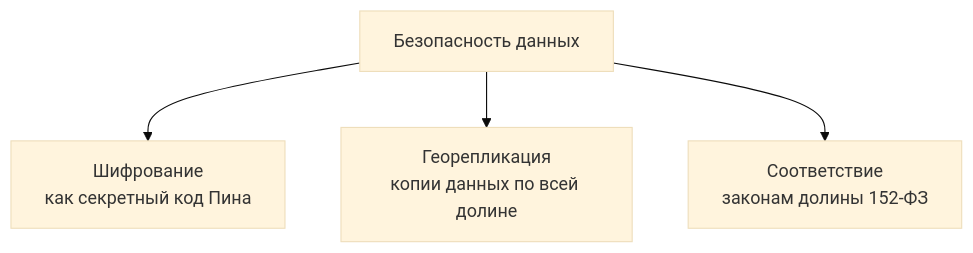
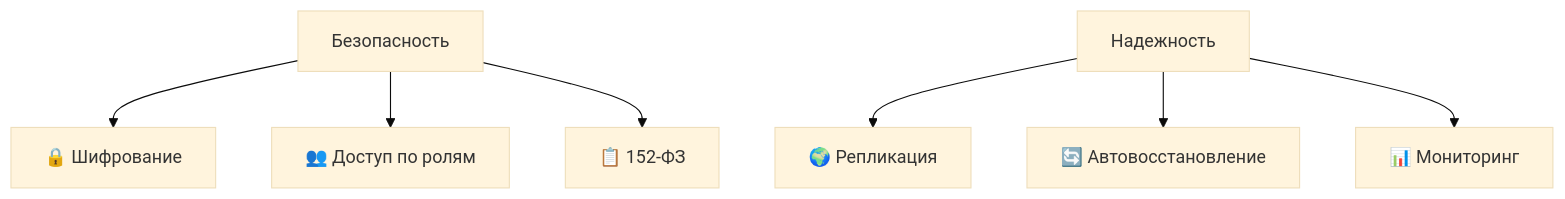
One commit to varlaganova7-star/gf25-01b changed the diagram in q6-cloud.md. Above: the diagram before and after it, drawn with Mermaid (base theme). The commit also changed other lines of this file, not shown here.

````diff
--- a/q6-cloud.md
+++ b/q6-cloud.md
@@ -34,7 +50,10 @@
 ```mermaid
 graph TD
-    A[Безопасность данных] --> B[Шифрование<br/>как секретный код Пина]
-    A --> C[Георепликация<br/>копии данных по всей долине]
-    A --> D[Соответствие<br/>законам долины 152-ФЗ]
-
+    A[Безопасность] --> A1[🔒 Шифрование]
+    A --> A2[👥 Доступ по ролям]
+    A --> A3[📋 152-ФЗ]
+    
+    B[Надежность] --> B1[🌍 Репликация]
+    B --> B2[🔄 Автовосстановление]
+    B --> B3[📊 Мониторинг]
 ```
````
